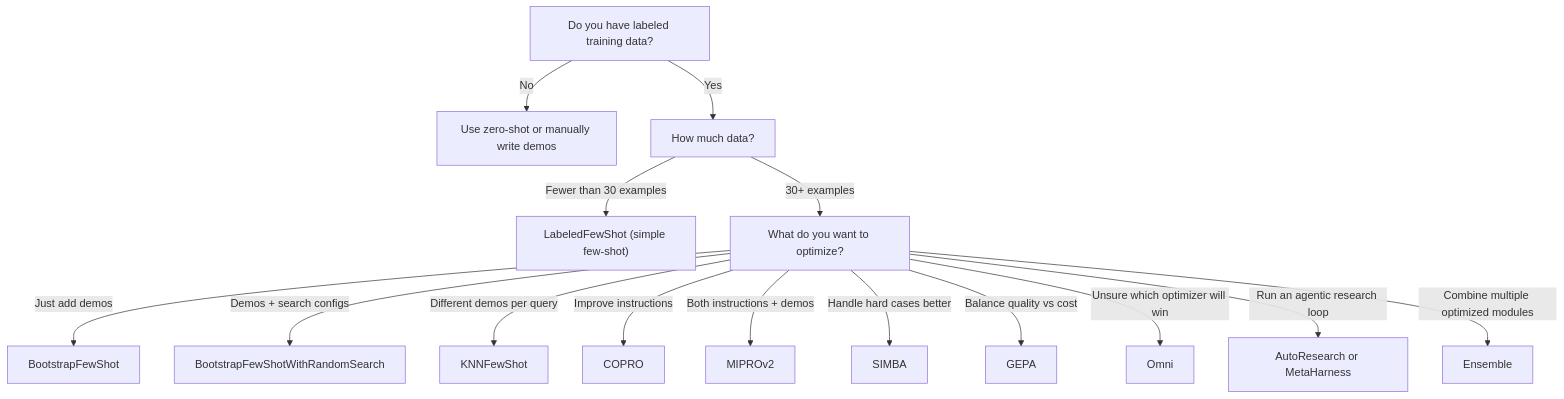
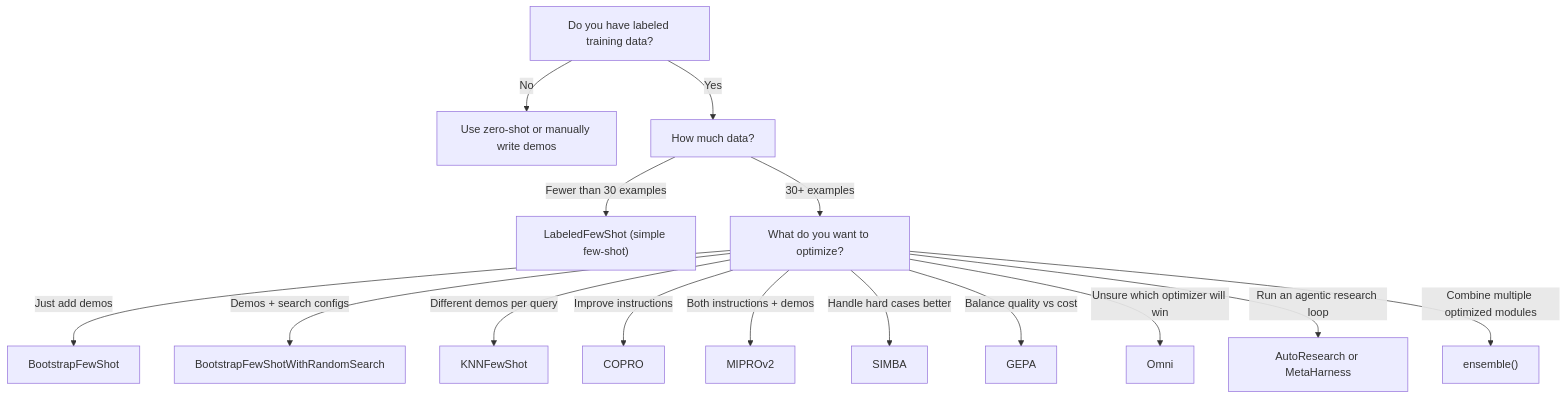
Before and after one commit to JamesHWade/dsprrr: the diagram in vignettes/advanced-optimization.Rmd, drawn with Mermaid. The commit also changed other lines of this file and 256 other files, not shown here.

````diff
--- a/vignettes/advanced-optimization.Rmd
+++ b/vignettes/advanced-optimization.Rmd
@@ -47,18 +47,18 @@
 ```mermaid
 flowchart TB
   Start["Do you have labeled training data?"]
   Start -->|No| Zero["Use zero-shot or manually write demos"]
   Start -->|Yes| Data["How much data?"]
   Data -->|Fewer than 30 examples| Labeled["LabeledFewShot (simple few-shot)"]
   Data -->|30+ examples| Optimize["What do you want to optimize?"]
   Optimize -->|Just add demos| Bootstrap["BootstrapFewShot"]
   Optimize -->|Demos + search configs| Random["BootstrapFewShotWithRandomSearch"]
   Optimize -->|Different demos per query| KNN["KNNFewShot"]
   Optimize -->|Improve instructions| COPRO["COPRO"]
   Optimize -->|Both instructions + demos| MIPRO["MIPROv2"]
   Optimize -->|Handle hard cases better| SIMBA["SIMBA"]
   Optimize -->|Balance quality vs cost| GEPA["GEPA"]
   Optimize -->|Unsure which optimizer will win| Omni["Omni"]
   Optimize -->|Run an agentic research loop| Agentic["AutoResearch or MetaHarness"]
-  Optimize -->|Combine multiple optimized modules| Ensemble["Ensemble"]
+  Optimize -->|Combine multiple optimized modules| Ensemble["ensemble()"]
 ```
````
